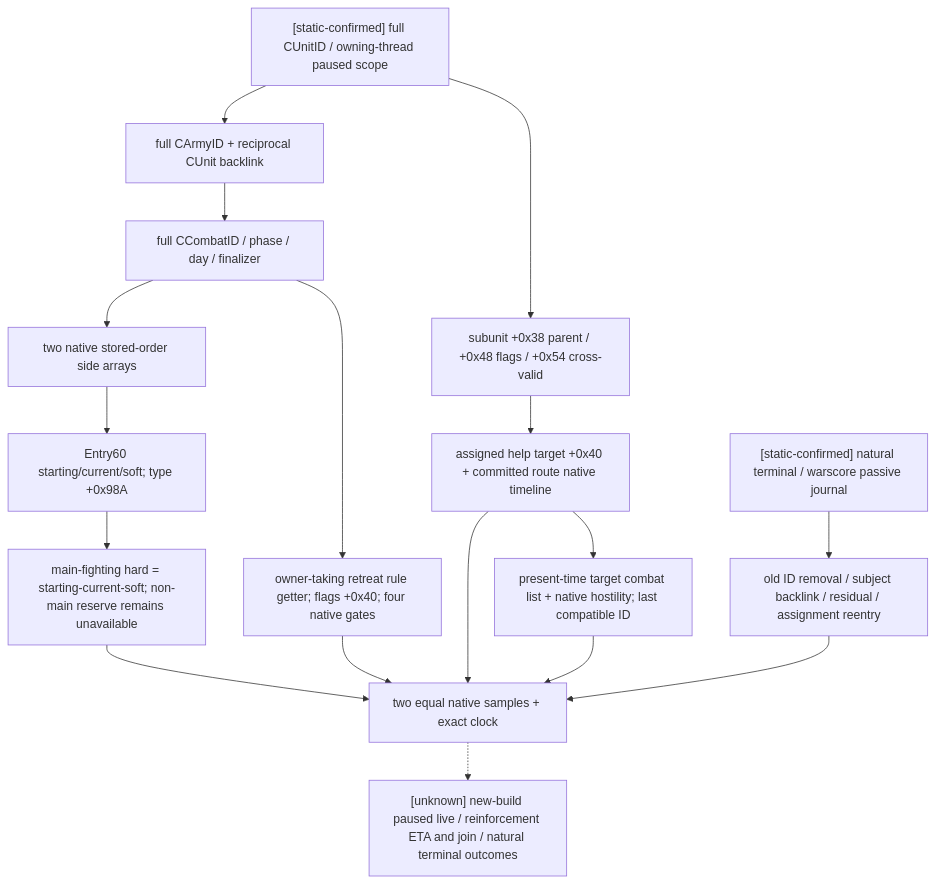
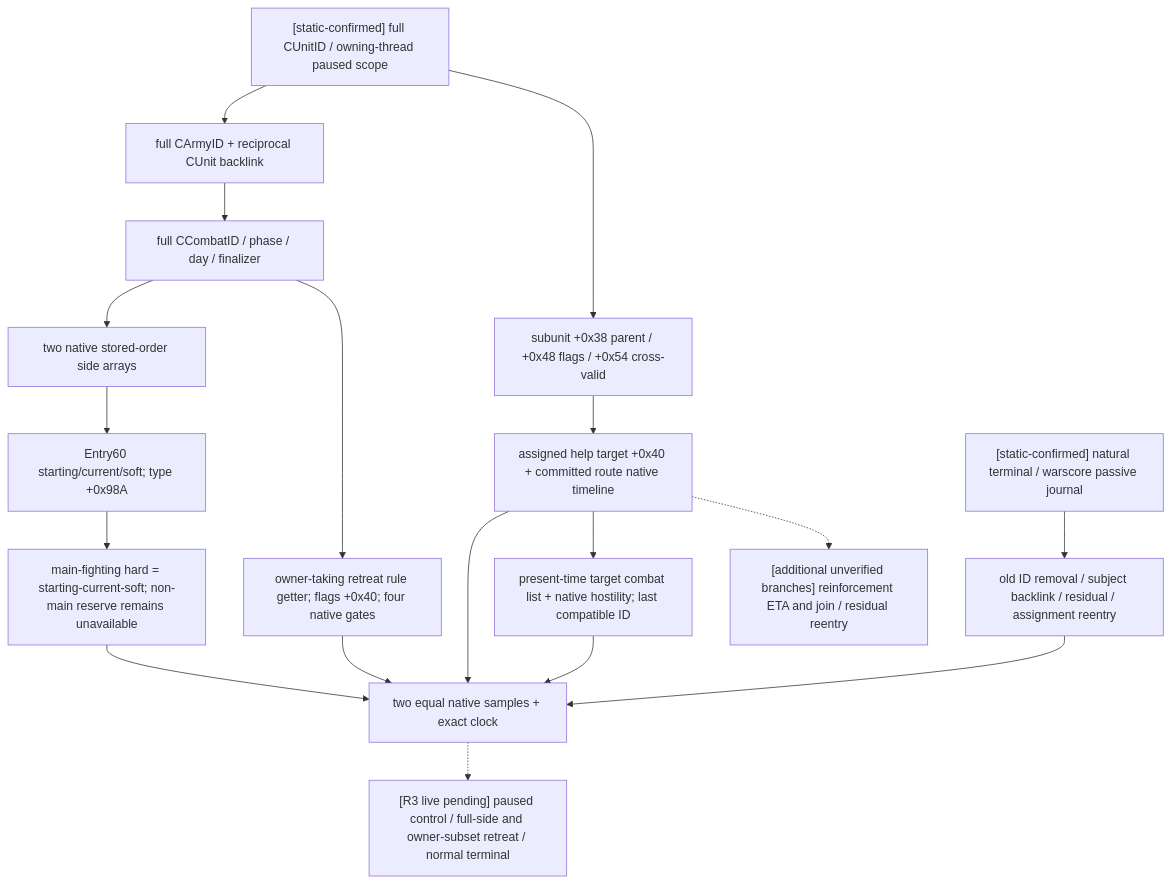
Before and after one commit to XenoAmess/ck3_eternal_recurrence: the diagram in docs/ck3-native-ai/ck3-1.20.0.2-battle-migration.md, drawn with Mermaid. The commit also changed other lines of this file and 7 other files, not shown here.

````diff
--- a/docs/ck3-native-ai/ck3-1.20.0.2-battle-migration.md
+++ b/docs/ck3-native-ai/ck3-1.20.0.2-battle-migration.md
@@ -36,19 +36,20 @@
 ```mermaid
 flowchart TD
     U["[static-confirmed] full CUnitID / owning-thread paused scope"] --> A["full CArmyID + reciprocal CUnit backlink"]
     A --> C["full CCombatID / phase / day / finalizer"]
     C --> S["two native stored-order side arrays"]
     S --> E["Entry60 starting/current/soft; type +0x98A"]
     E --> H["main-fighting hard = starting-current-soft; non-main reserve remains unavailable"]
     C --> R["owner-taking retreat rule getter; flags +0x40; four native gates"]
     U --> M["subunit +0x38 parent / +0x48 flags / +0x54 cross-valid"]
     M --> T["assigned help target +0x40 + committed route native timeline"]
     T --> P["present-time target combat list + native hostility; last compatible ID"]
     J["[static-confirmed] natural terminal / warscore passive journal"] --> D["old ID removal / subject backlink / residual / assignment reentry"]
     H --> F["two equal native samples + exact clock"]
     R --> F
     T --> F
     P --> F
     D --> F
-    F -.-> L["[unknown] new-build paused live / reinforcement ETA and join / natural terminal outcomes"]
+    F -.-> L["[R3 live pending] paused control / full-side and owner-subset retreat / normal terminal"]
+    T -.-> Q["[additional unverified branches] reinforcement ETA and join / residual reentry"]
 ```
````
